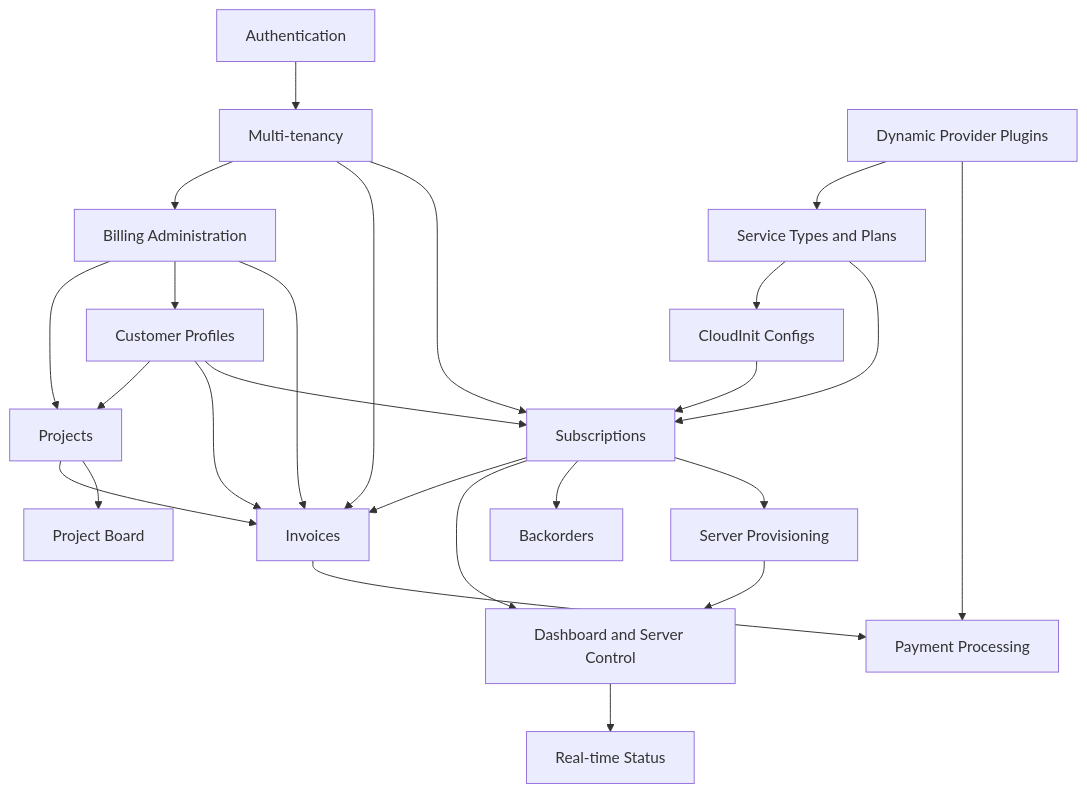
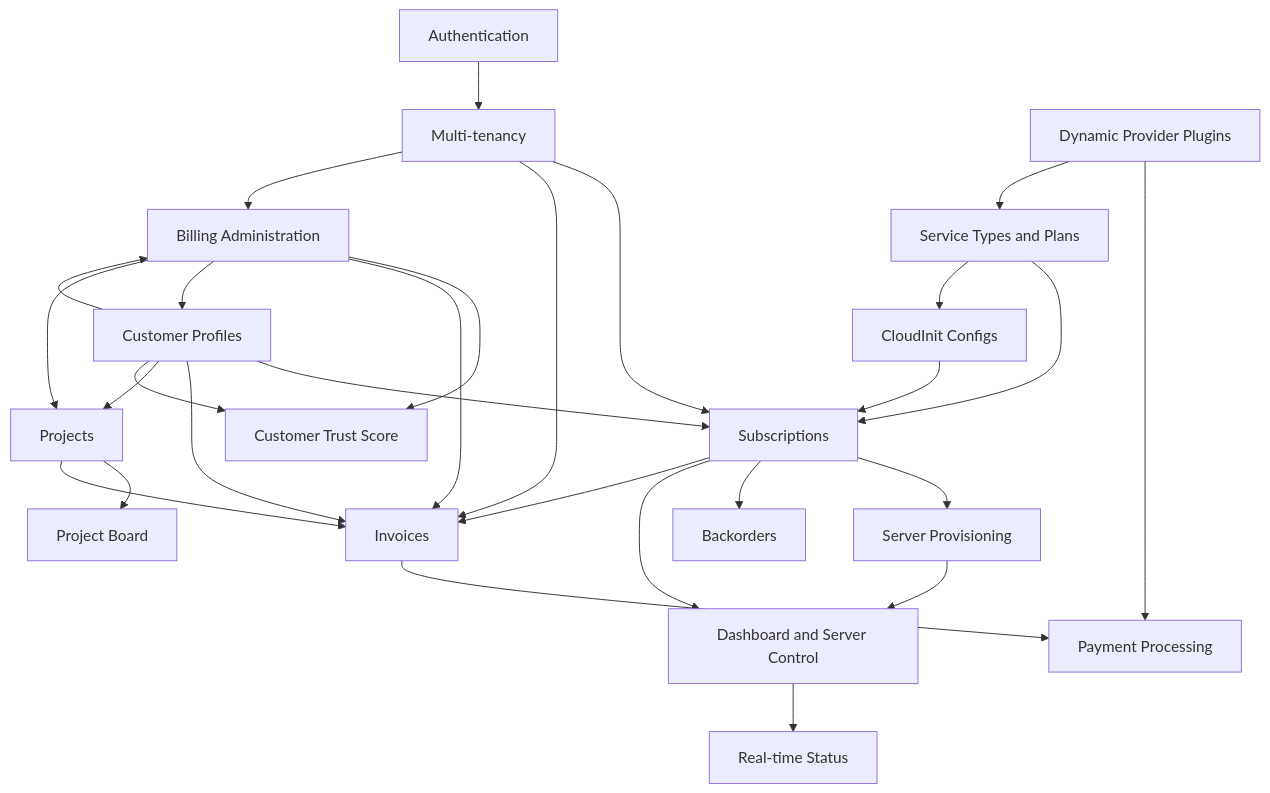
One commit to forepath/one changed the diagram in docs/decabill/features/README.md. Above: the diagram before and after it, drawn with Mermaid. The commit also changed other lines of this file and 80 other files, not shown here.

Commit message:
feat: customer trust scores

````diff
--- a/docs/decabill/features/README.md
+++ b/docs/decabill/features/README.md
@@ -235,44 +240,47 @@
 ```mermaid
 graph TB
     AUTH[Authentication]
     MT[Multi-tenancy]
     ST[Service Types and Plans]
     SUB[Subscriptions]
     CP[Customer Profiles]
     INV[Invoices]
     PP[Payment Processing]
     BA[Billing Administration]
     BO[Backorders]
     SP[Server Provisioning]
     CIC[CloudInit Configs]
     DASH[Dashboard and Server Control]
     RT[Real-time Status]
     DP[Dynamic Provider Plugins]
     PRJ[Projects]
     PB[Project Board]
 
     AUTH --> MT
     MT --> SUB
     MT --> INV
     MT --> BA
     ST --> SUB
     ST --> CIC
     CIC --> SUB
     CP --> SUB
     CP --> INV
+    CP --> BA
+    CP --> PRJ
+    CP --> CTS[Customer Trust Score]
+    BA --> CTS
     SUB --> SP
     SUB --> BO
     SUB --> DASH
     SP --> DASH
     DASH --> RT
     INV --> PP
     BA --> INV
     BA --> CP
     DP --> PP
     DP --> ST
     SUB --> INV
     BA --> PRJ
-    CP --> PRJ
     PRJ --> PB
     PRJ --> INV
 ```
````
